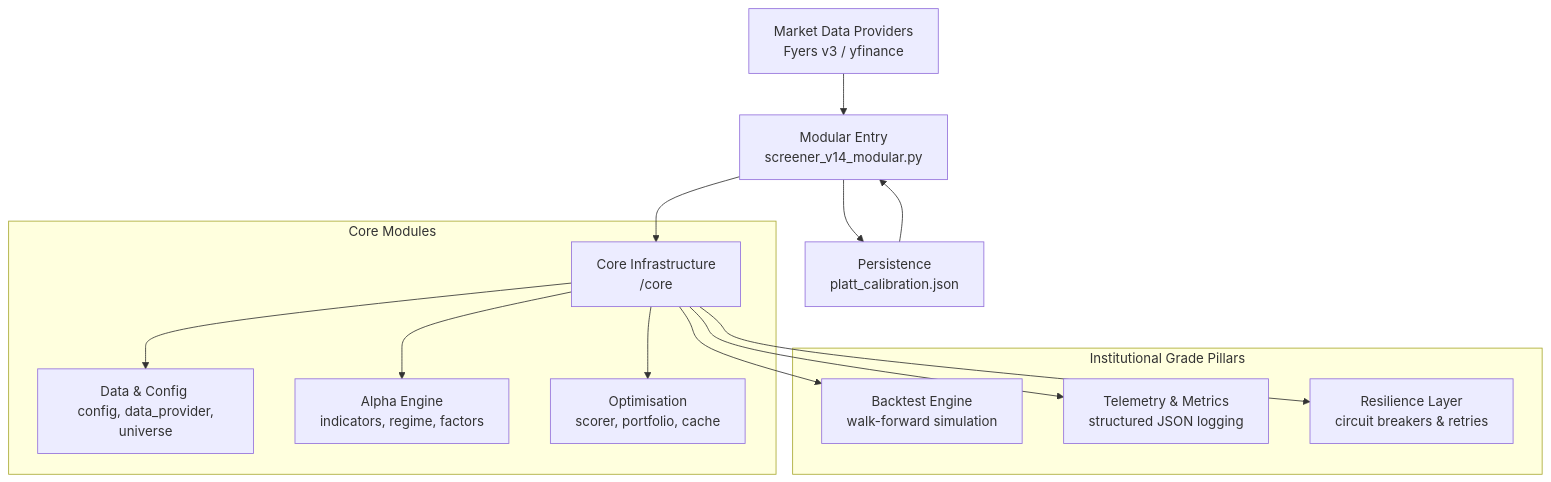
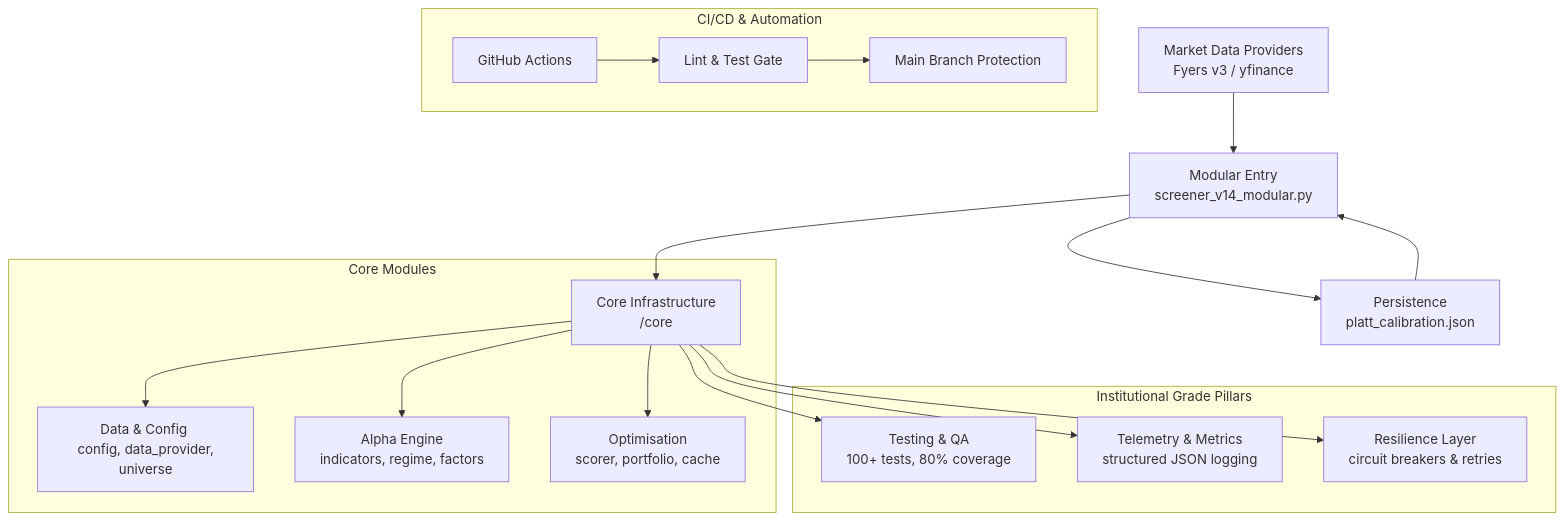
The diagram in README.md (jpechetty-debug/tradingscript), drawn with Mermaid before and after one commit. The commit also changed other lines of this file, not shown here.

Commit message:
Docs: Updated README with v14.4 architecture, CI/CD, and audit results

````diff
--- a/README.md
+++ b/README.md
@@ -14,20 +14,25 @@
 ```mermaid
 graph TD
     A[Market Data Providers <br/> Fyers v3 / yfinance] --> B[Modular Entry <br/> screener_v14_modular.py]
     B --> C[Core Infrastructure <br/> /core]
     
     subgraph "Core Modules"
         C --> D[Data & Config <br/> config, data_provider, universe]
         C --> E[Alpha Engine <br/> indicators, regime, factors]
         C --> F[Optimisation <br/> scorer, portfolio, cache]
     end
     
     subgraph "Institutional Grade Pillars"
-        C --> H[Backtest Engine <br/> walk-forward simulation]
+        C --> H[Testing & QA <br/> 100+ tests, 80% coverage]
         C --> I[Telemetry & Metrics <br/> structured JSON logging]
         C --> J[Resilience Layer <br/> circuit breakers & retries]
+    end
+    
+    subgraph "CI/CD & Automation"
+        K[GitHub Actions] --> L[Lint & Test Gate]
+        L --> M[Main Branch Protection]
     end
     
     B --> G[Persistence <br/> platt_calibration.json]
     G --> B
 ```
````
